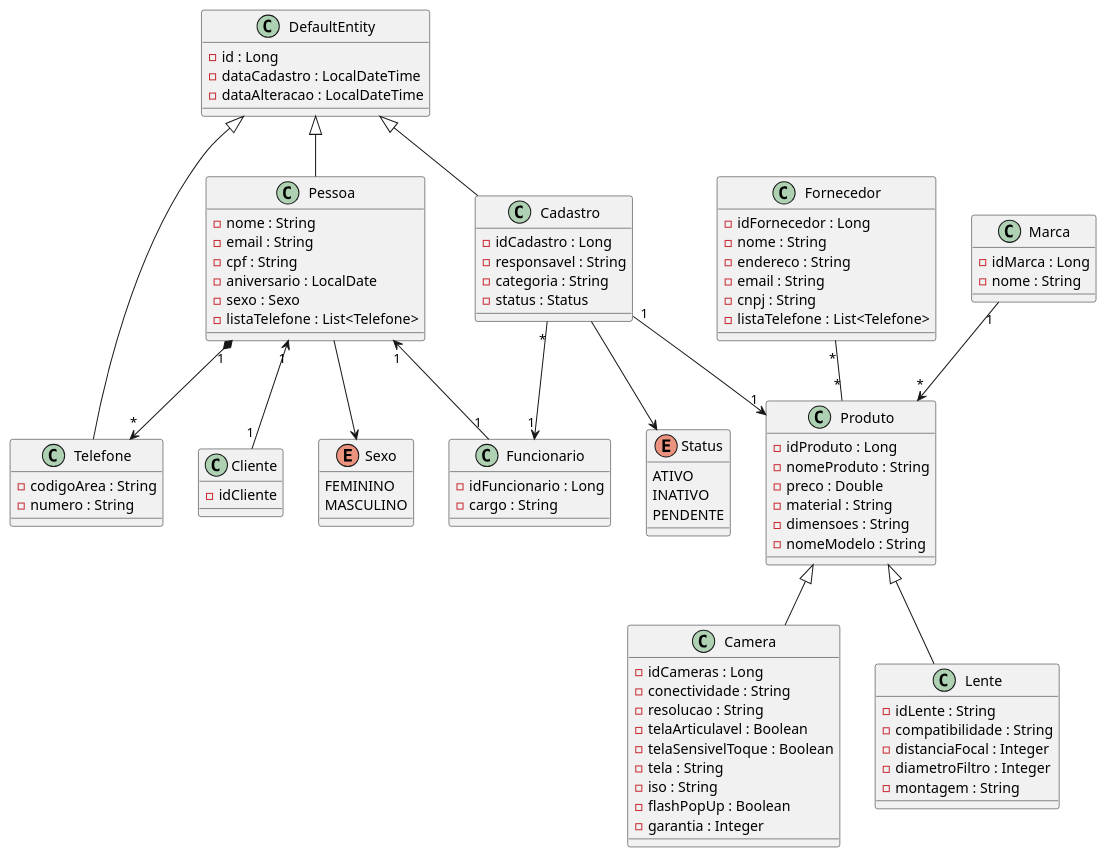
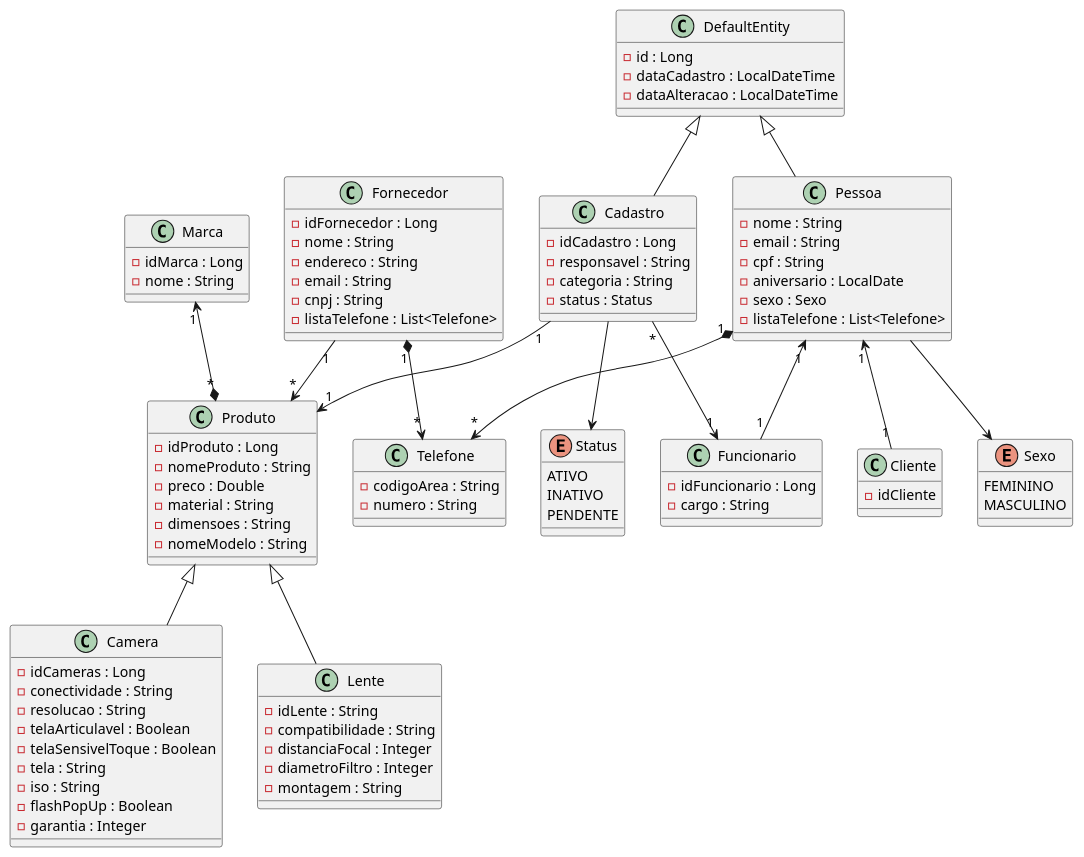
One commit to HugoValuar03/ecommerce changed the diagram in src/main/java/br/unitins/topicos1/UML/modelo.plantuml. Above: the diagram before and after it, drawn with PlantUML. The commit also changed 18 other files, not shown here.

```diff
--- a/src/main/java/br/unitins/topicos1/UML/modelo.plantuml
+++ b/src/main/java/br/unitins/topicos1/UML/modelo.plantuml
@@ -1,113 +1,114 @@
 @startuml ecommerce
 class Pessoa{
   - nome : String
   - email : String
   - cpf : String
   - aniversario : LocalDate
   - sexo : Sexo
   - listaTelefone : List<Telefone>
 }
 
 Pessoa "1" *--> "*" Telefone
 
 class Cadastro{
   - idCadastro : Long
   - responsavel : String
   - categoria : String
   - status : Status 
 }
 
 DefaultEntity <|-- Cadastro
 
 Enum Status{
   ATIVO
   INATIVO
   PENDENTE
 }
 
 Cadastro --> Status
 Cadastro "*" --> "1" Funcionario
 Cadastro "1" --> "1" Produto
 
 class Funcionario{
   - idFuncionario : Long
   - cargo : String 
 }
 
 class Cliente{
   - idCliente
 }
 
 Pessoa "1" <-- "1" Funcionario
 Pessoa "1" <-- "1" Cliente
 
 Enum Sexo{
   FEMININO
   MASCULINO
 }
 
 Pessoa --> Sexo
 
 class Fornecedor{
   - idFornecedor : Long
   - nome : String
   - endereco : String 
   - email : String
   - cnpj : String
   - listaTelefone : List<Telefone>
 }
 
+Fornecedor "1" *--> "*" Telefone
+
 class Produto{
   - idProduto : Long
   - nomeProduto : String
   - preco : Double
   - material : String
   - dimensoes : String
   - nomeModelo : String
 }
 
 class Camera{
   - idCameras : Long
   - conectividade : String
   - resolucao : String
   - telaArticulavel : Boolean
   - telaSensivelToque : Boolean
   - tela : String
   - iso : String
   - flashPopUp : Boolean
   - garantia : Integer
 }
 
 class Marca{
   - idMarca : Long
   - nome : String
 }
 
-Marca "1" --> "*" Produto
+Marca "1" <--* "*" Produto
 
 class Lente{
   - idLente : String
   - compatibilidade : String
   - distanciaFocal : Integer
   - diametroFiltro : Integer
   - montagem : String
 }
 
 class DefaultEntity{
   - id : Long
   - dataCadastro : LocalDateTime
   - dataAlteracao : LocalDateTime
 }
 
 class Telefone{
   - codigoArea : String
   - numero : String
 }
 
-DefaultEntity <|-- Telefone
 DefaultEntity <|-- Pessoa
 
-Fornecedor "*" -- "*" Produto
+Fornecedor "1" --> "*" Produto
 Produto <|-- Camera
 Produto <|-- Lente
 @enduml
```
